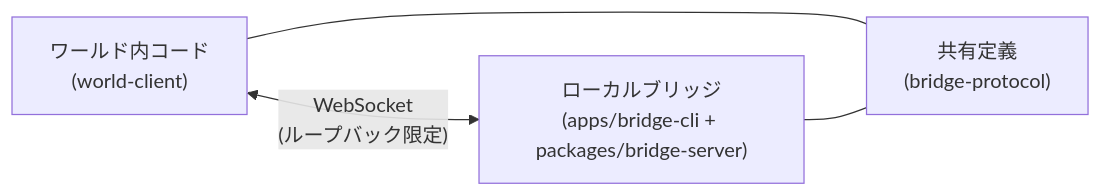
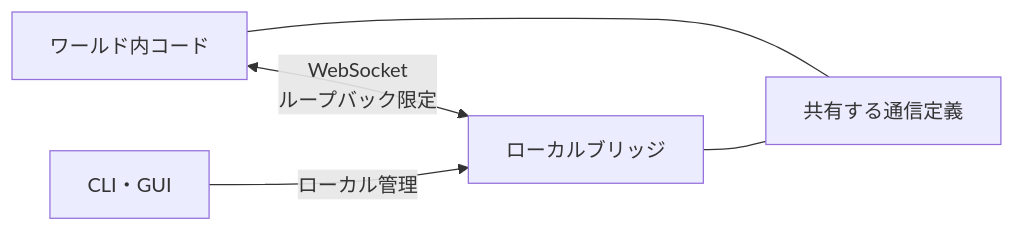
Before and after one commit to WebXR-JP/xrift-bridge: the first of 2 diagrams in design/bridge-connection.md, drawn with Mermaid. The commit also changed other lines of this file and 2 other files, not shown here.

````diff
--- a/design/bridge-connection.md
+++ b/design/bridge-connection.md
@@ -27,6 +7,7 @@
 ```mermaid
 flowchart LR
-    W["ワールド内コード<br/>(world-client)"] <-->|"WebSocket<br/>(ループバック限定)"| B["ローカルブリッジ<br/>(apps/bridge-cli + packages/bridge-server)"]
-    W --- S["共有定義<br/>(bridge-protocol)"]
+    W["ワールド内コード"] <-->|"WebSocket<br/>ループバック限定"| B["ローカルブリッジ"]
+    W --- S["共有する通信定義"]
     B --- S
+    M["CLI・GUI"] -->|"ローカル管理"| B
 ```
````
